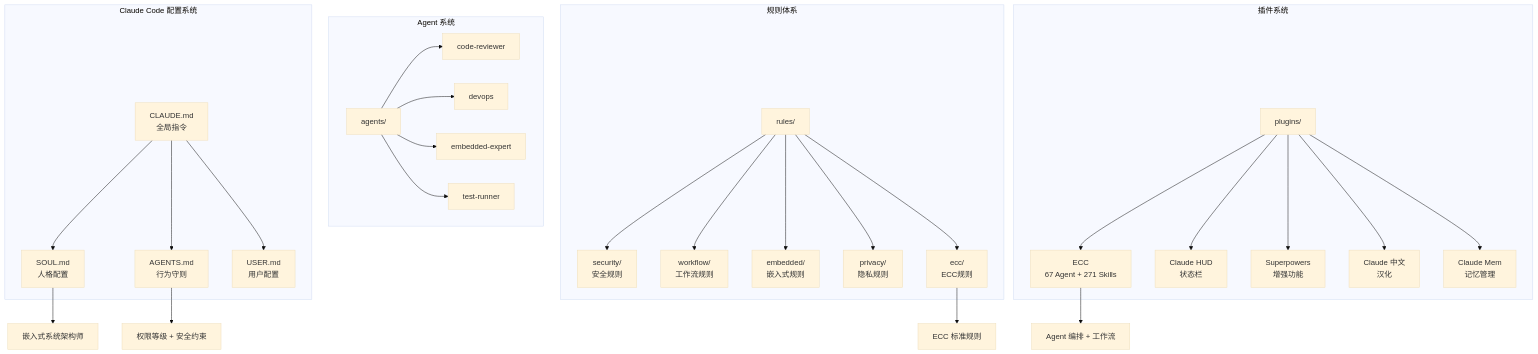
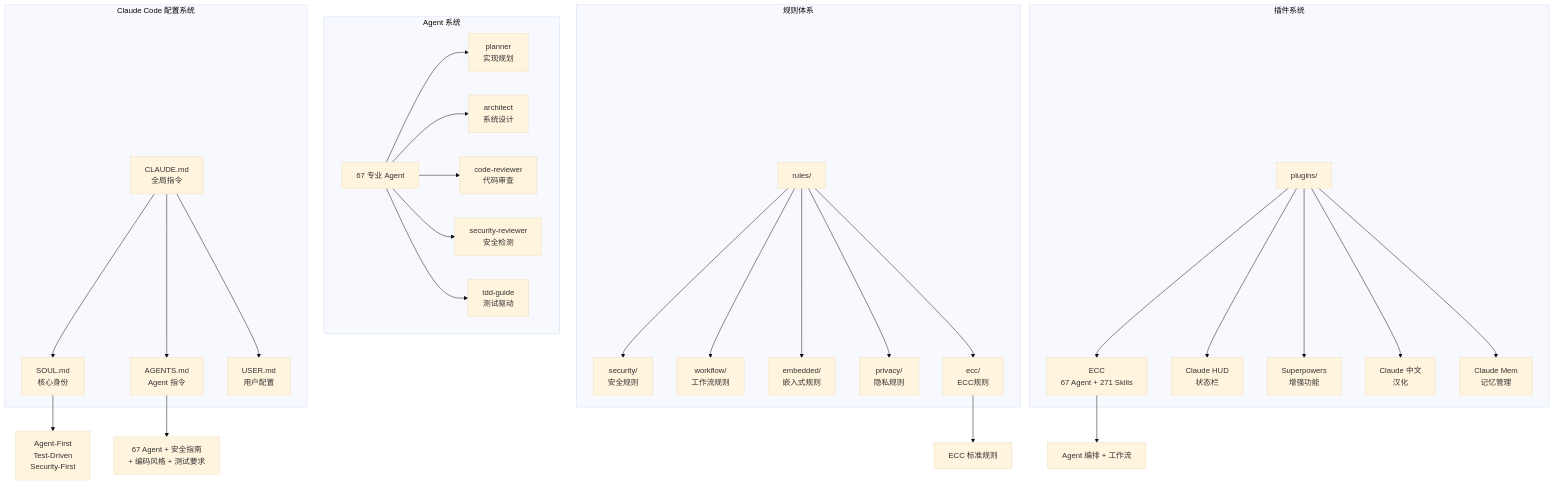
The first of 7 diagrams in README.md (shuai-yemao/shuai-yemao-chip), drawn with Mermaid (base theme) before and after one commit. The commit also changed other lines of this file, not shown here.

First line of the commit message:
docs: 更新 README.md，同步 ECC 配置内容

````diff
--- a/README.md
+++ b/README.md
@@ -7,36 +7,37 @@
 ```mermaid
 graph TB
     subgraph "Claude Code 配置系统"
-        A[CLAUDE.md<br/>全局指令] --> B[SOUL.md<br/>人格配置]
-        A --> C[AGENTS.md<br/>行为守则]
+        A[CLAUDE.md<br/>全局指令] --> B[SOUL.md<br/>核心身份]
+        A --> C[AGENTS.md<br/>Agent 指令]
         A --> D[USER.md<br/>用户配置]
     end
 
     subgraph "规则体系"
         E[rules/] --> F[security/<br/>安全规则]
         E --> G[workflow/<br/>工作流规则]
         E --> H[embedded/<br/>嵌入式规则]
         E --> I[privacy/<br/>隐私规则]
         E --> J[ecc/<br/>ECC规则]
     end
 
     subgraph "Agent 系统"
-        K[agents/] --> L[code-reviewer]
-        K --> M[devops]
-        K --> N[embedded-expert]
-        K --> O[test-runner]
+        K[67 专业 Agent] --> L[planner<br/>实现规划]
+        K --> M[architect<br/>系统设计]
+        K --> N[code-reviewer<br/>代码审查]
+        K --> O[security-reviewer<br/>安全检测]
+        K --> P[tdd-guide<br/>测试驱动]
     end
 
     subgraph "插件系统"
-        P[plugins/] --> Q[ECC<br/>67 Agent + 271 Skills]
-        P --> R[Claude HUD<br/>状态栏]
-        P --> S[Superpowers<br/>增强功能]
-        P --> T[Claude 中文<br/>汉化]
-        P --> U[Claude Mem<br/>记忆管理]
+        Q[plugins/] --> R[ECC<br/>67 Agent + 271 Skills]
+        Q --> S[Claude HUD<br/>状态栏]
+        Q --> T[Superpowers<br/>增强功能]
+        Q --> U[Claude 中文<br/>汉化]
+        Q --> V[Claude Mem<br/>记忆管理]
     end
 
-    B --> V[嵌入式系统架构师]
-    C --> W[权限等级 + 安全约束]
-    J --> X[ECC 标准规则]
-    Q --> Y[Agent 编排 + 工作流]
+    B --> W[Agent-First<br/>Test-Driven<br/>Security-First]
+    C --> X[67 Agent + 安全指南<br/>+ 编码风格 + 测试要求]
+    J --> Y[ECC 标准规则]
+    R --> Z[Agent 编排 + 工作流]
 ```
````
